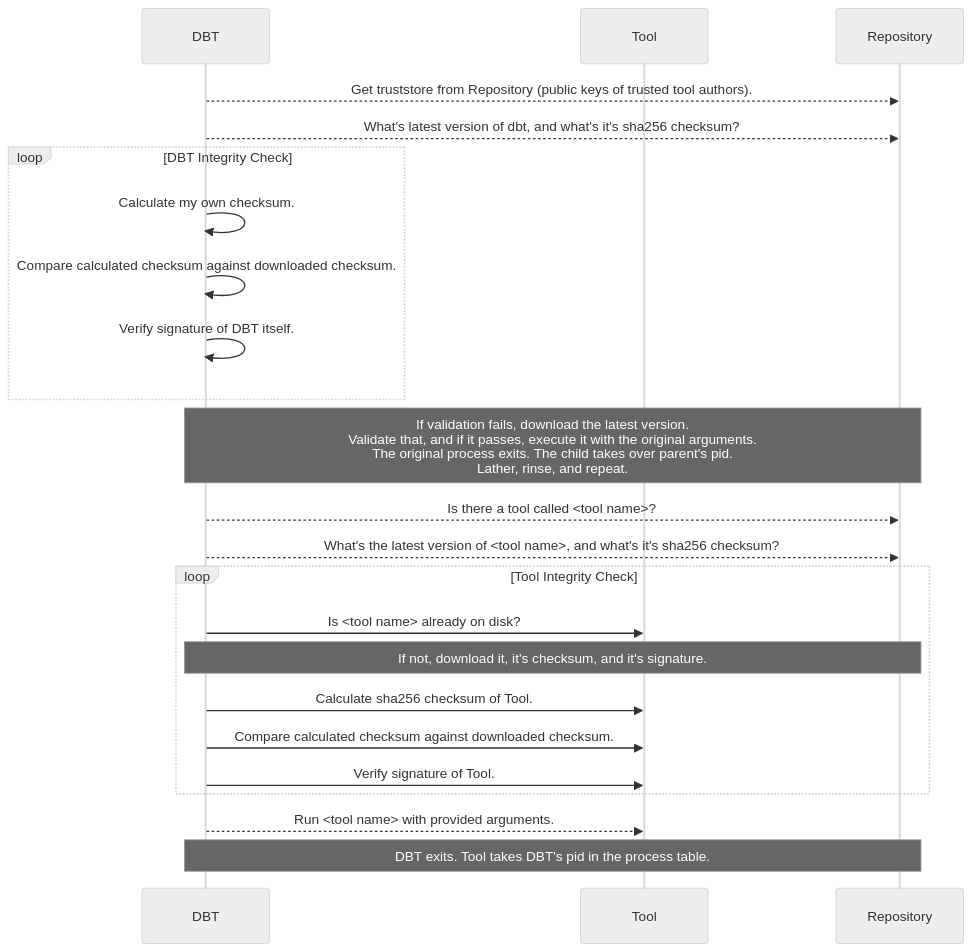
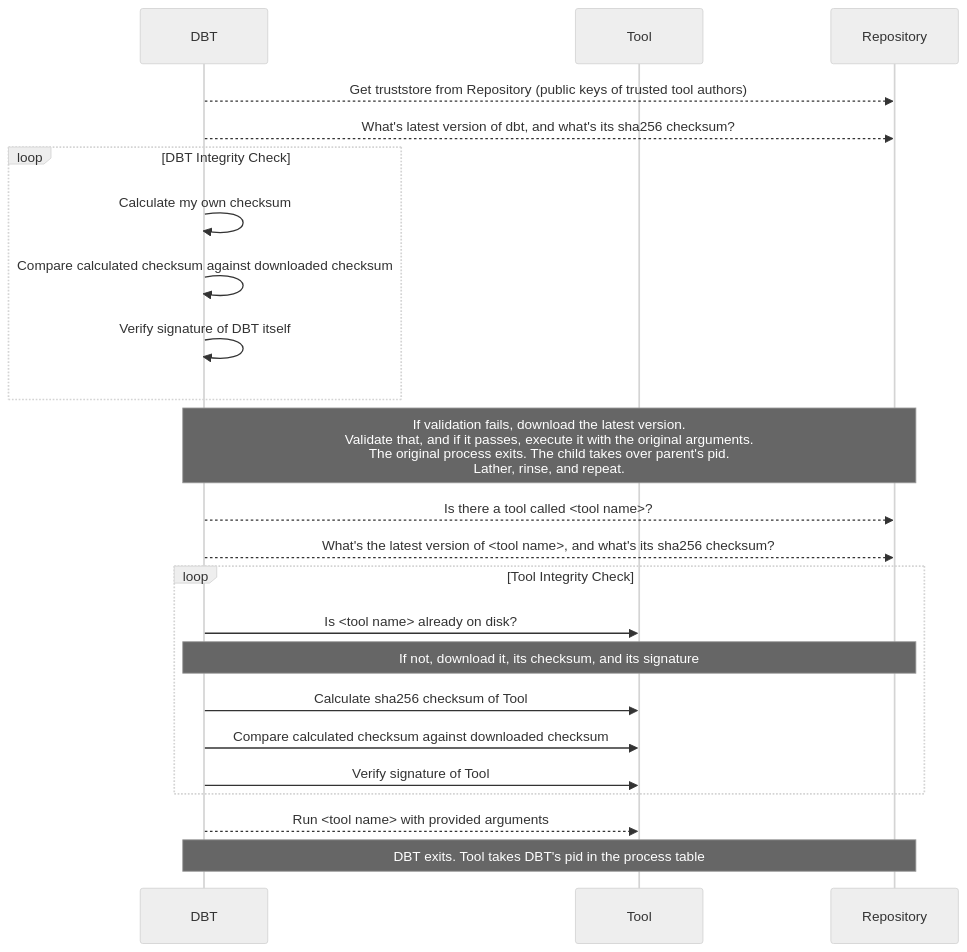
Before and after one commit to nikogura/dbt: the diagram in README.md, drawn with Mermaid (neutral theme). The commit also changed other lines of this file and 1 other file, not shown here.

````diff
--- a/README.md
+++ b/README.md
@@ -181,26 +342,25 @@
 ```mermaid
 sequenceDiagram
     participant DBT
     participant Tool
     participant Repository
-    DBT-->>Repository: Get truststore from Repository (public keys of trusted tool authors).
-    DBT-->>Repository: What's latest version of dbt, and what's it's sha256 checksum?
+    DBT-->>Repository: Get truststore from Repository (public keys of trusted tool authors)
+    DBT-->>Repository: What's latest version of dbt, and what's its sha256 checksum?
     loop DBT Integrity Check
-        DBT->>DBT: Calculate my own checksum.
-        DBT->>DBT: Compare calculated checksum against downloaded checksum.
-        DBT->>DBT: Verify signature of DBT itself.
+        DBT->>DBT: Calculate my own checksum
+        DBT->>DBT: Compare calculated checksum against downloaded checksum
+        DBT->>DBT: Verify signature of DBT itself
     end
-    Note over DBT,Repository: If validation fails, download the latest version.<br>Validate that, and if it passes, execute it with the original arguments.<br> The original process exits.  The child takes over parent's pid.<br>Lather, rinse, and repeat.
+    Note over DBT,Repository: If validation fails, download the latest version.<br>Validate that, and if it passes, execute it with the original arguments.<br> The original process exits. The child takes over parent's pid.<br>Lather, rinse, and repeat.
     DBT-->>Repository: Is there a tool called <tool name>?
-    DBT-->>Repository: What's the latest version of <tool name>, and what's it's sha256 checksum?
+    DBT-->>Repository: What's the latest version of <tool name>, and what's its sha256 checksum?
     loop Tool Integrity Check
         DBT->>Tool: Is <tool name> already on disk?
-        Note over DBT,Repository: If not, download it, it's checksum, and it's signature.
-        DBT->>Tool: Calculate sha256 checksum of Tool.
-        DBT->>Tool: Compare calculated checksum against downloaded checksum.
-        DBT->>Tool: Verify signature of Tool.
+        Note over DBT,Repository: If not, download it, its checksum, and its signature
+        DBT->>Tool: Calculate sha256 checksum of Tool
+        DBT->>Tool: Compare calculated checksum against downloaded checksum
+        DBT->>Tool: Verify signature of Tool
     end
-    DBT-->>Tool: Run <tool name> with provided arguments.
-    Note over DBT,Repository: DBT exits.  Tool takes DBT's pid in the process table.
-
+    DBT-->>Tool: Run <tool name> with provided arguments
+    Note over DBT,Repository: DBT exits. Tool takes DBT's pid in the process table
 ```
````
